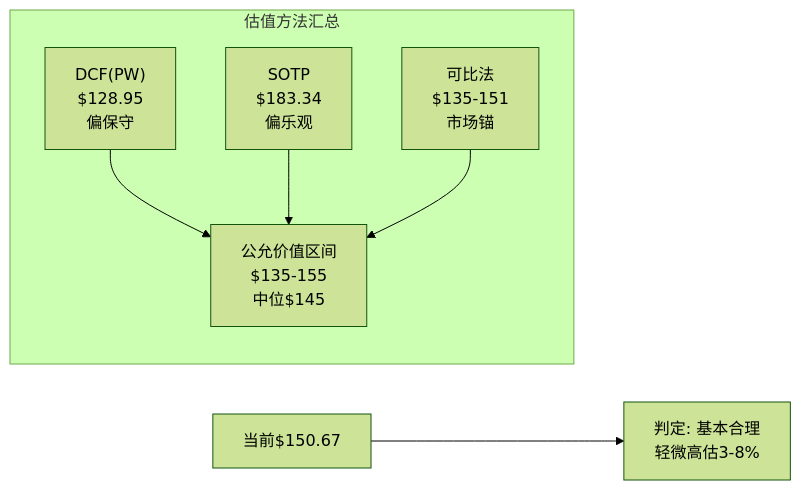
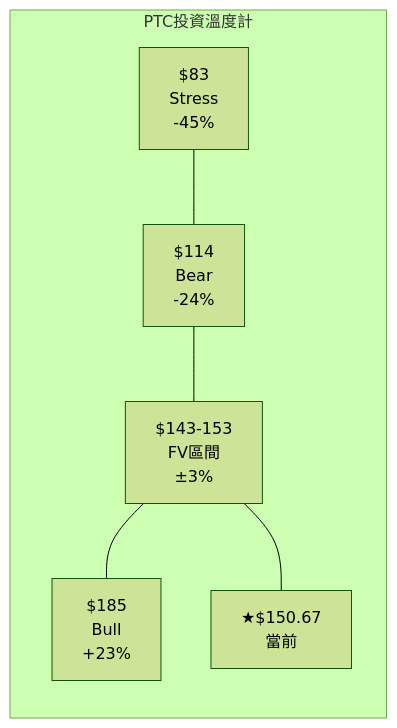
The diagram in reports/PTC/staging/phase2_v3.md (miltonnewyork25-afk/investment-master), drawn with Mermaid (forest theme) before and after one commit. The commit also changed other lines of this file, not shown here.

First line of the commit message:
feat(PTC v3.0 P2): Phase 2重写 — 13.8K/22DM, 5年P&L+DCF+SOTP+评级

````diff
--- a/reports/PTC/staging/phase2_v3.md
+++ b/reports/PTC/staging/phase2_v3.md
@@ -199,14 +362,12 @@
 ```mermaid
 graph LR
-    subgraph "估值方法汇总"
-    DCF["DCF(PW)<br/>$128.95<br/>偏保守"]
-    SOTP["SOTP<br/>$183.34<br/>偏乐观"]
-    COMP["可比法<br/>$135-151<br/>市场锚"]
-    FV["公允价值区间<br/>$135-155<br/>中位$145"]
+    subgraph "PTC投資溫度計"
+    S1["$83<br/>Stress<br/>-45%"]
+    S2["$114<br/>Bear<br/>-24%"]
+    S3["$143-153<br/>FV區間<br/>±3%"]
+    S4["$185<br/>Bull<br/>+23%"]
+    CP["★$150.67<br/>當前"]
     end
-    DCF --> FV
-    SOTP --> FV
-    COMP --> FV
-
-    CP["当前$150.67"] --> VERDICT["判定: 基本合理<br/>轻微高估3-8%"]
+    S1 --- S2 --- S3 --- S4
+    S3 --- CP
 ```
````
